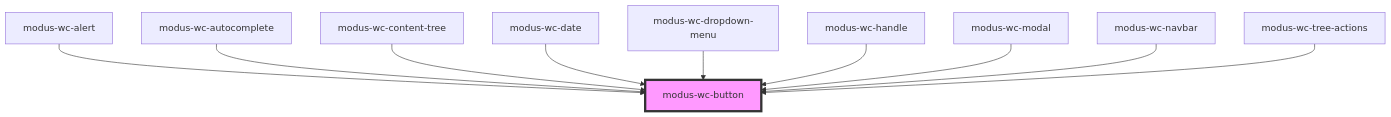
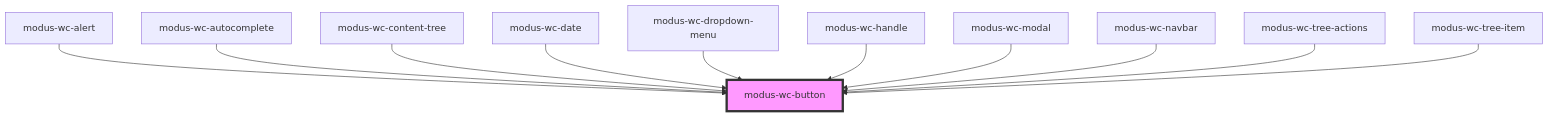
One commit to trimble-oss/modus-wc-2.0 changed the diagram in src/components/modus-wc-button/readme.md. Above: the diagram before and after it, drawn with Mermaid. The commit also changed other lines of this file and 23 other files, not shown here.

````diff
--- a/src/components/modus-wc-button/readme.md
+++ b/src/components/modus-wc-button/readme.md
@@ -49,13 +50,14 @@
 ```mermaid
 graph TD;
   modus-wc-alert --> modus-wc-button
   modus-wc-autocomplete --> modus-wc-button
   modus-wc-content-tree --> modus-wc-button
   modus-wc-date --> modus-wc-button
   modus-wc-dropdown-menu --> modus-wc-button
   modus-wc-handle --> modus-wc-button
   modus-wc-modal --> modus-wc-button
   modus-wc-navbar --> modus-wc-button
   modus-wc-tree-actions --> modus-wc-button
+  modus-wc-tree-item --> modus-wc-button
   style modus-wc-button fill:#f9f,stroke:#333,stroke-width:4px
 ```
````
